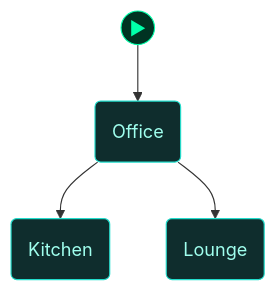
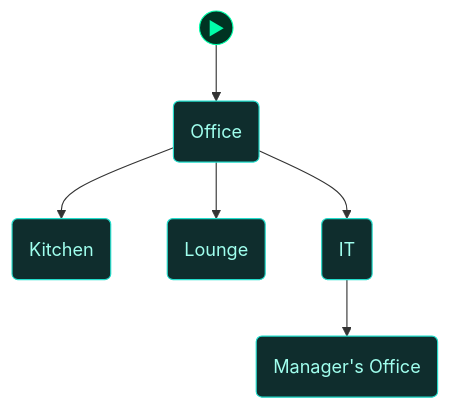
Before and after one commit to cliffe/BreakEscape: the first of 5 diagrams in scenarios/test_needs_sims/dungeon_graph.md, drawn with Mermaid. The commit also changed other lines of this file and 10 other files, not shown here.

````diff
--- a/scenarios/test_needs_sims/dungeon_graph.md
+++ b/scenarios/test_needs_sims/dungeon_graph.md
@@ -53,31 +53,35 @@
 ```mermaid
 flowchart TD
 
   classDef room      fill:#0f2d2d,stroke:#22ddcc,color:#a0ffee
   classDef lock      fill:#2d0f0f,stroke:#e66060,color:#ffa0a0
   classDef key       fill:#2d0812,stroke:#e66060,color:#ffa0a0
   classDef item      fill:#2d1200,stroke:#e89030,color:#ffcc80
   classDef gate      fill:#111,stroke:#666,color:#eee
   classDef vm        fill:#0c1f40,stroke:#4a90d9,color:#a0c8ff
   classDef flag      fill:#1a0c2d,stroke:#9060d0,color:#cc99ff
   classDef action    fill:#1a1200,stroke:#cc9922,color:#ffee88
   classDef aim       fill:#0d2a0d,stroke:#44cc44,color:#88ff88
   classDef aim_gate  fill:#111111,stroke:#44cc44,color:#44cc44
   classDef container fill:#1a2d1a,stroke:#60b060,color:#a0e0a0
   classDef npc       fill:#2d1f0d,stroke:#d0a050,color:#ffe0a0
   classDef critical  fill:#2a1500,stroke:#ffaa00,color:#ffdd88
   classDef start     fill:#003322,stroke:#00ffaa,color:#00ffaa
 
   node_start(("▶"))
   node_start --> office
 
   office("Office")
   kitchen("Kitchen")
   lounge("Lounge")
+  it_room("IT")
+  manager_office("Manager's Office")
 
   office --> kitchen
   office --> lounge
+  office --> it_room
+  it_room --> manager_office
 
-  class office,kitchen,lounge room
+  class office,kitchen,lounge,it_room,manager_office room
   class node_start start
 ```
````
